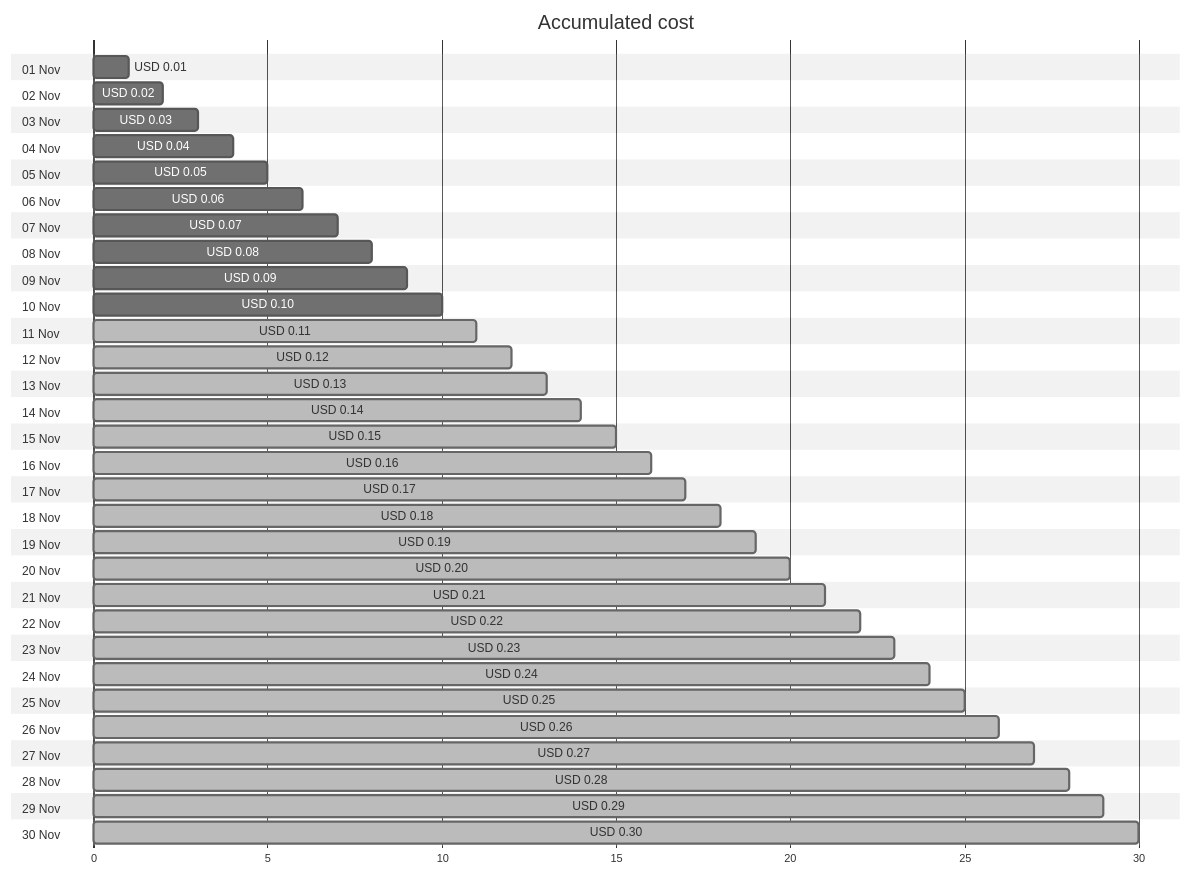
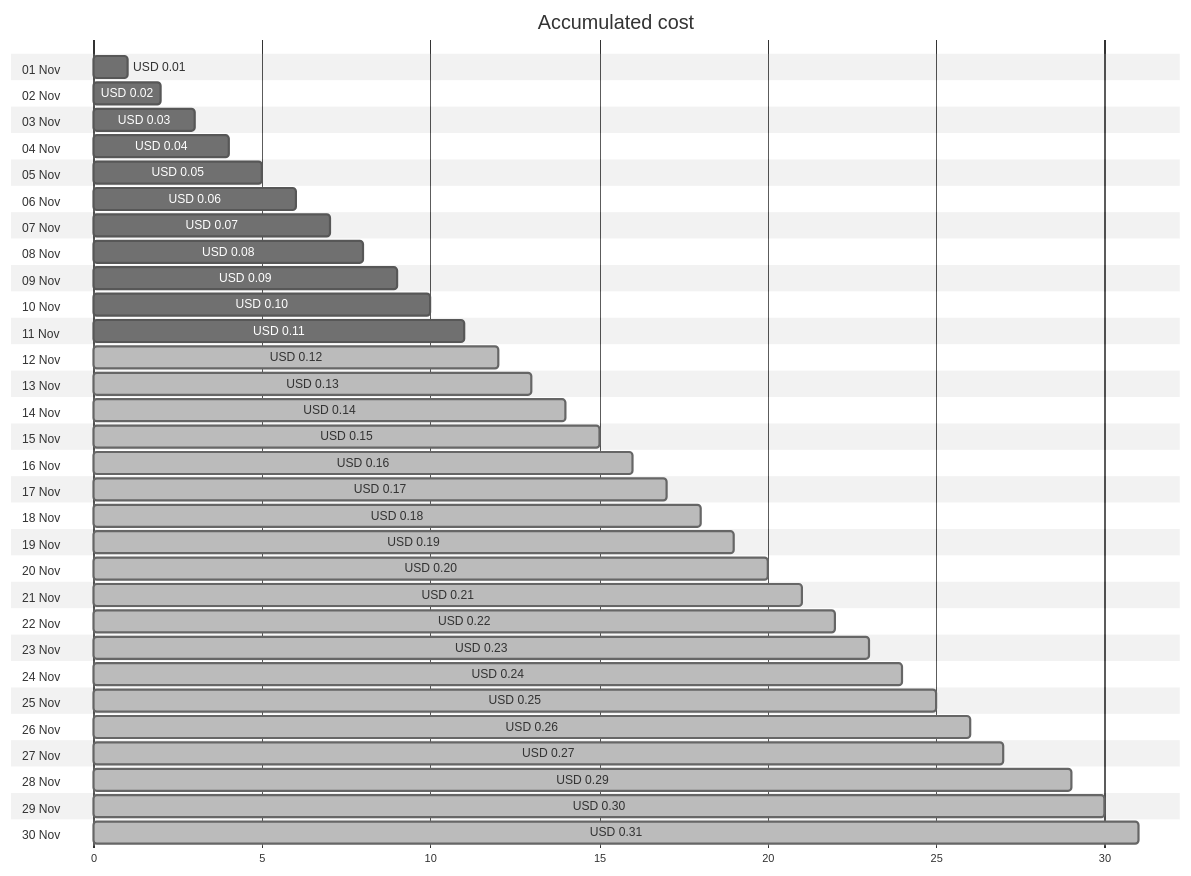
Before and after one commit to jpfulton/azure-personal-reports: the first of 4 diagrams in cost-reports/cloud-shell-storage-eastus/README.md, drawn with Mermaid (neutral theme). The commit also changed other lines of this file and 1 other file, not shown here.

````diff
--- a/cost-reports/cloud-shell-storage-eastus/README.md
+++ b/cost-reports/cloud-shell-storage-eastus/README.md
@@ -20,66 +20,66 @@
 ```mermaid
 gantt
    title Accumulated cost
    dateFormat  X
    axisFormat %s
    section 01 Nov
    USD 0.01 :0, 1
    section 02 Nov
    USD 0.02 :0, 2
    section 03 Nov
    USD 0.03 :0, 3
    section 04 Nov
    USD 0.04 :0, 4
    section 05 Nov
    USD 0.05 :0, 5
    section 06 Nov
    USD 0.06 :0, 6
    section 07 Nov
    USD 0.07 :0, 7
    section 08 Nov
    USD 0.08 :0, 8
    section 09 Nov
    USD 0.09 :0, 9
    section 10 Nov
    USD 0.10 :0, 10
    section 11 Nov
-   USD 0.11 : done, 0, 11
+   USD 0.11 :0, 11
    section 12 Nov
    USD 0.12 : done, 0, 12
    section 13 Nov
    USD 0.13 : done, 0, 13
    section 14 Nov
    USD 0.14 : done, 0, 14
    section 15 Nov
    USD 0.15 : done, 0, 15
    section 16 Nov
    USD 0.16 : done, 0, 16
    section 17 Nov
    USD 0.17 : done, 0, 17
    section 18 Nov
    USD 0.18 : done, 0, 18
    section 19 Nov
    USD 0.19 : done, 0, 19
    section 20 Nov
    USD 0.20 : done, 0, 20
    section 21 Nov
    USD 0.21 : done, 0, 21
    section 22 Nov
    USD 0.22 : done, 0, 22
    section 23 Nov
    USD 0.23 : done, 0, 23
    section 24 Nov
    USD 0.24 : done, 0, 24
    section 25 Nov
    USD 0.25 : done, 0, 25
    section 26 Nov
    USD 0.26 : done, 0, 26
    section 27 Nov
    USD 0.27 : done, 0, 27
    section 28 Nov
-   USD 0.28 : done, 0, 28
+   USD 0.29 : done, 0, 29
    section 29 Nov
-   USD 0.29 : done, 0, 29
+   USD 0.30 : done, 0, 30
    section 30 Nov
-   USD 0.30 : done, 0, 30
+   USD 0.31 : done, 0, 31
 ```
````
